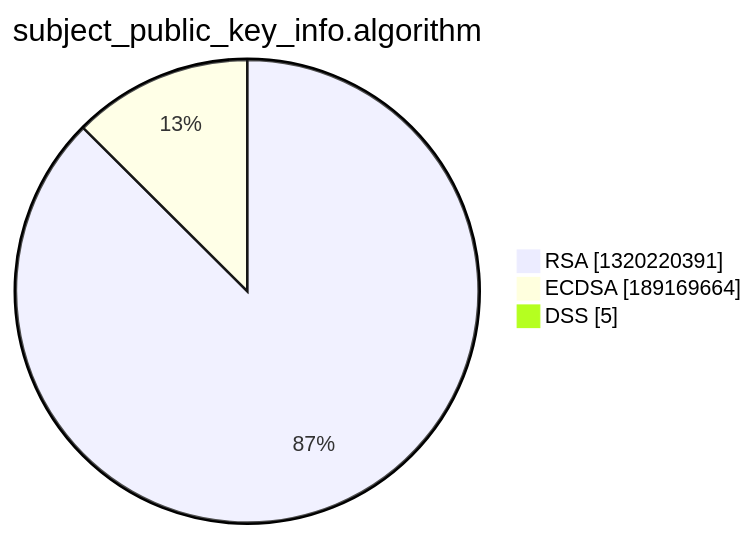
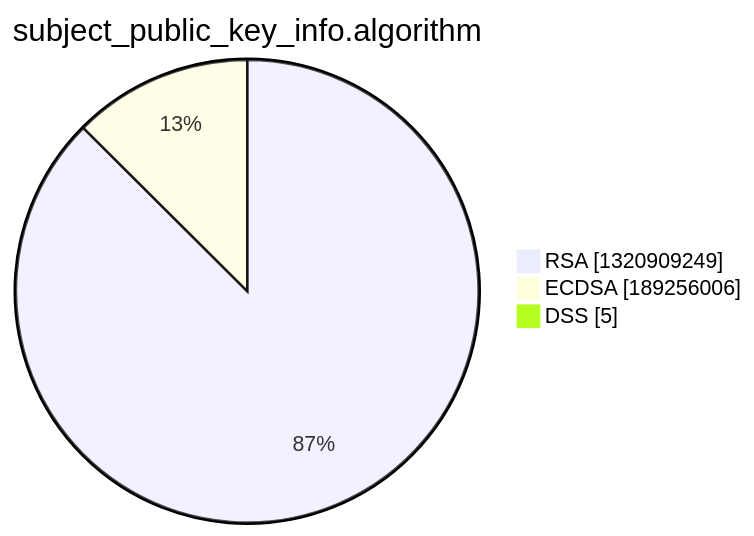
One commit to christiankrug/ctmonitor_visualization changed the third of 15 diagrams in xenon2022/README.md. Above: the diagram before and after it, drawn with Mermaid. The commit also changed other lines of this file, not shown here.

````diff
--- a/xenon2022/README.md
+++ b/xenon2022/README.md
@@ -14,7 +14,7 @@
 ```mermaid
 pie showData
 title subject_public_key_info.algorithm
-"RSA" :1320220391
-"ECDSA" :189169664
+"RSA" :1320909249
+"ECDSA" :189256006
 "DSS" :5
 ```
````
